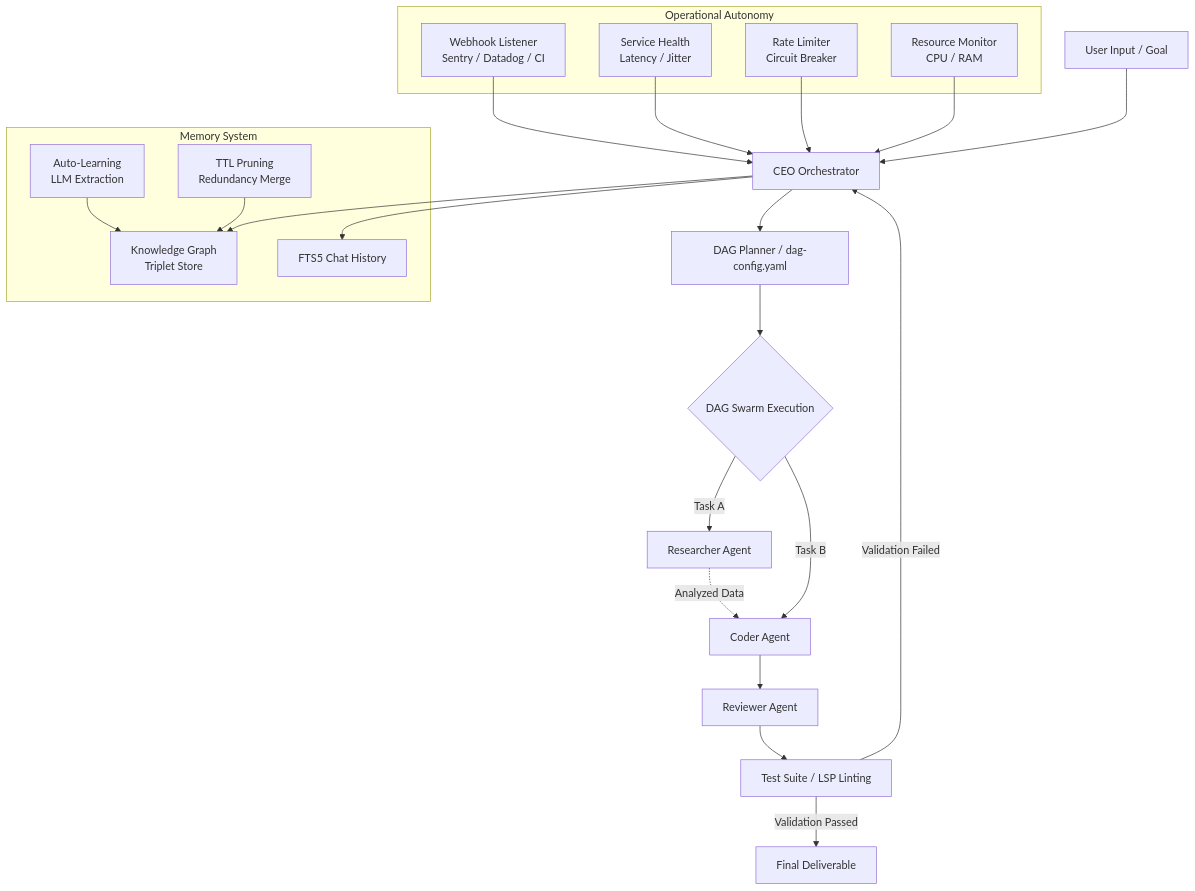
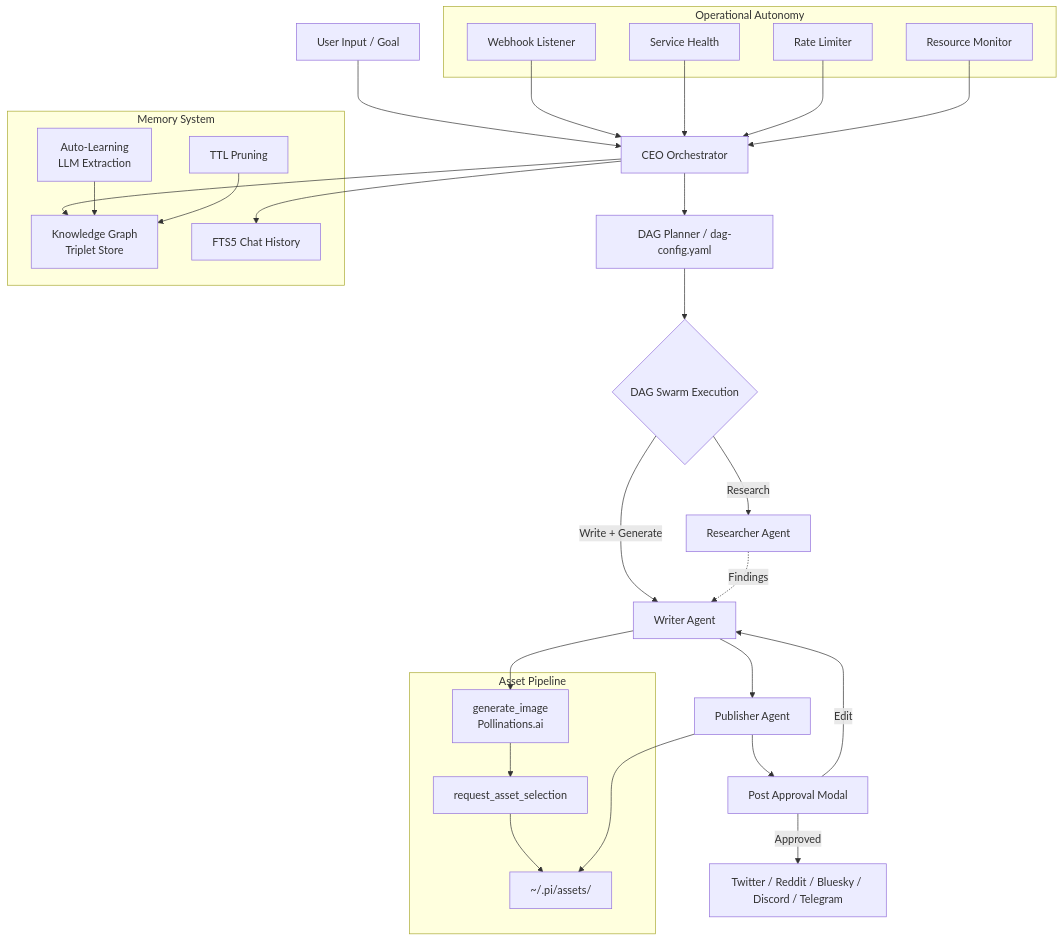
The second of 2 diagrams in README.md (IamNishant51/Custom-PI), drawn with Mermaid before and after one commit. The commit also changed other lines of this file and 6 other files, not shown here.

First line of the commit message:
feat: image generation pipeline, asset management, mediaPath posting, React cleanup & security hardening

````diff
--- a/README.md
+++ b/README.md
@@ -38,36 +166,44 @@
 ```mermaid
 graph TD
   Goal[User Input / Goal] --> CEO[CEO Orchestrator]
   CEO --> Config[DAG Planner / dag-config.yaml]
   Config --> Swarm{DAG Swarm Execution}
-  Swarm -->|Task A| Res[Researcher Agent]
-  Swarm -->|Task B| Cod[Coder Agent]
-  Res -.->|Analyzed Data| Cod
-  Cod --> Rev[Reviewer Agent]
-  Rev --> Test[Test Suite / LSP Linting]
-  Test -->|Validation Failed| CEO
-  Test -->|Validation Passed| Deliver[Final Deliverable]
+  Swarm -->|Research| Res[Researcher Agent]
+  Swarm -->|Write + Generate| Cod[Writer Agent]
+  Res -.->|Findings| Cod
+  Cod --> Pub[Publisher Agent]
+  Pub --> Approve[Post Approval Modal]
+  Approve -->|Approved| Social[Twitter / Reddit / Bluesky / Discord / Telegram]
+  Approve -->|Edit| Cod
+  
+  subgraph Asset Pipeline
+    Gen[generate_image<br/>Pollinations.ai] --> Sel[request_asset_selection]
+    Sel --> Asset[~/.pi/assets/]
+  end
+  
+  Cod --> Gen
+  Pub --> Asset
 
   subgraph Memory System
     KG[Knowledge Graph<br/>Triplet Store]
     FTS[FTS5 Chat History]
     Auto[Auto-Learning<br/>LLM Extraction]
-    Prune[TTL Pruning<br/>Redundancy Merge]
+    Prune[TTL Pruning]
   end
 
   subgraph Operational Autonomy
-    WH[Webhook Listener<br/>Sentry / Datadog / CI]
-    SM[Service Health<br/>Latency / Jitter]
-    RL[Rate Limiter<br/>Circuit Breaker]
-    RM[Resource Monitor<br/>CPU / RAM]
+    WH[Webhook Listener]
+    SM[Service Health]
+    RL[Rate Limiter]
+    RM[Resource Monitor]
   end
 
   CEO --> KG
   CEO --> FTS
   Auto --> KG
   Prune --> KG
   WH --> CEO
   SM --> CEO
   RL --> CEO
   RM --> CEO
 ```
````
